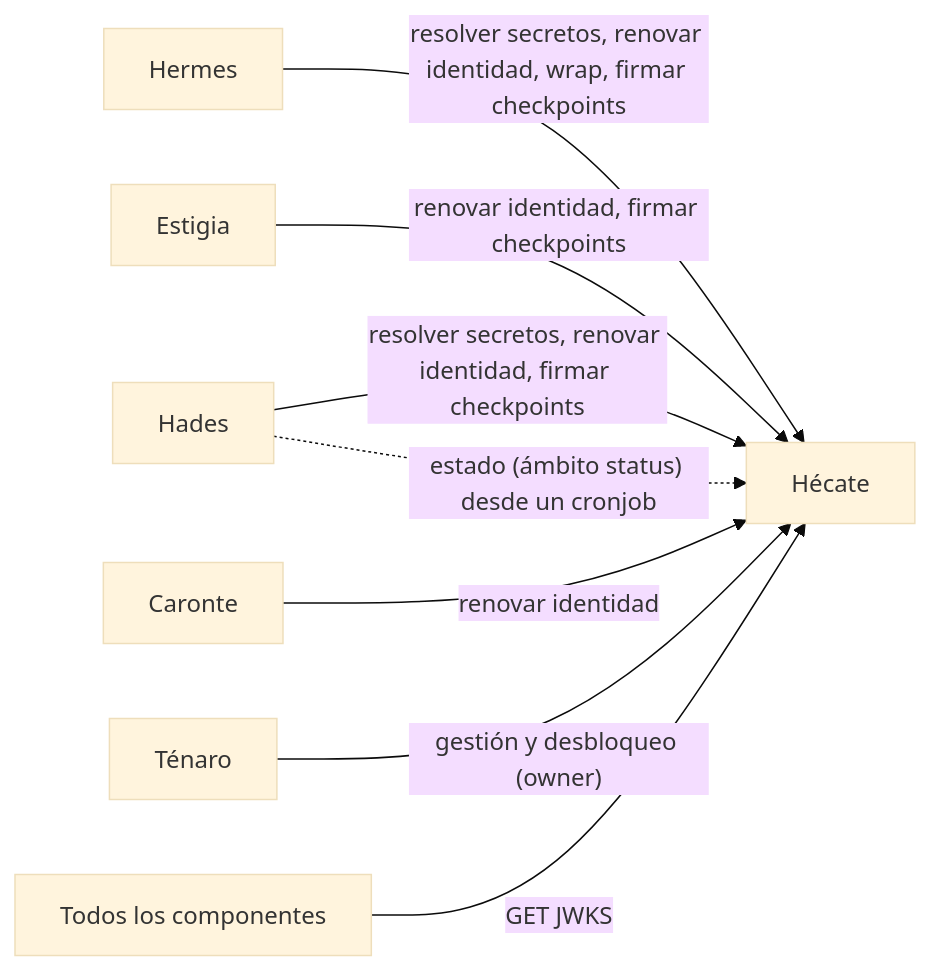
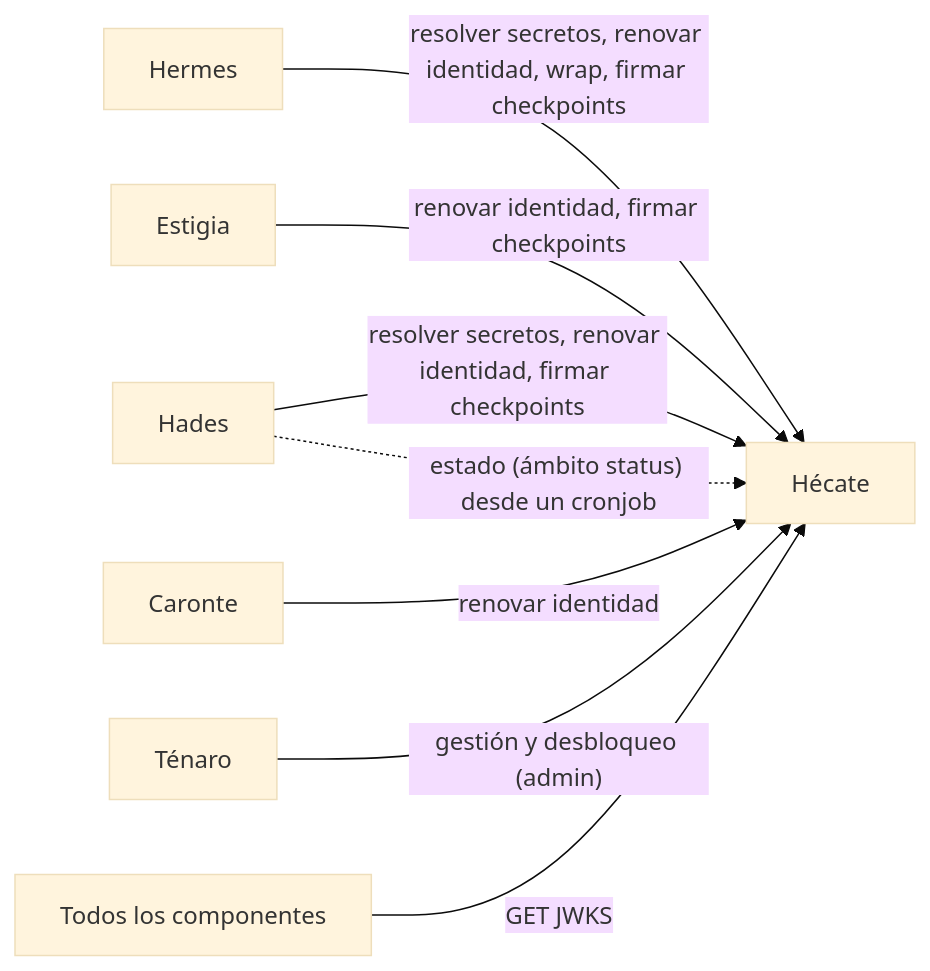
The first of 7 diagrams in docs/hecate.md (xandro30/Cerbero), drawn with Mermaid (base theme) before and after one commit. The commit also changed other lines of this file and 57 other files, not shown here.

````diff
--- a/docs/hecate.md
+++ b/docs/hecate.md
@@ -29,10 +29,10 @@
 ```mermaid
 flowchart LR
     Hades -- "resolver secretos, renovar identidad, firmar checkpoints" --> Hecate[Hécate]
     Hermes -- "resolver secretos, renovar identidad, wrap, firmar checkpoints" --> Hecate
     Estigia -- "renovar identidad, firmar checkpoints" --> Hecate
     Caronte -- "renovar identidad" --> Hecate
-    Tenaro[Ténaro] -- "gestión y desbloqueo (owner)" --> Hecate
+    Tenaro[Ténaro] -- "gestión y desbloqueo (admin)" --> Hecate
     Hades -. "estado (ámbito status) desde un cronjob" .-> Hecate
     Todos[Todos los componentes] -- "GET JWKS" --> Hecate
 ```
````
